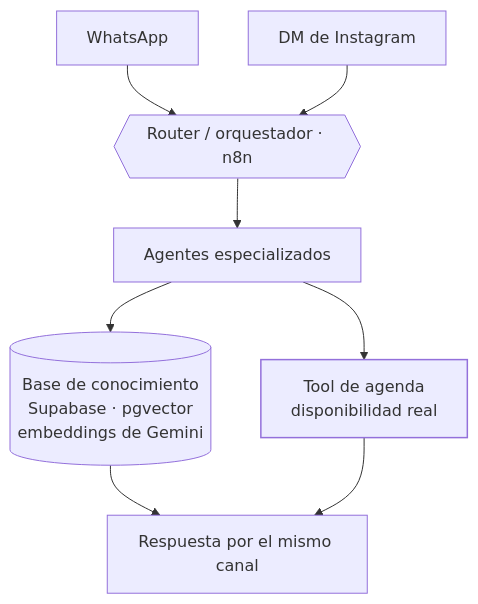
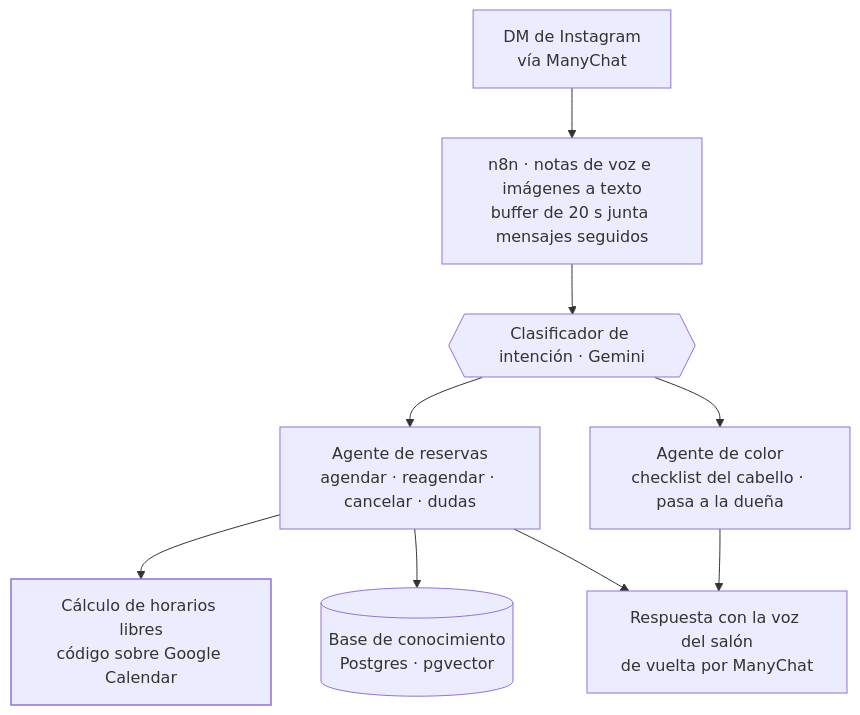
Before and after one commit to BLOW3ED/dev-portfolio: the diagram in content/es/work/hanami.mdx, drawn with Mermaid. The commit also changed other lines of this file and 38 other files, not shown here.

````diff
--- a/content/es/work/hanami.mdx
+++ b/content/es/work/hanami.mdx
@@ -44,16 +38,17 @@
 ```mermaid
 flowchart TB
   accTitle: Arquitectura de HanamiBot
-  accDescr: Los mensajes de WhatsApp e Instagram llegan a un router en n8n, que asigna cada uno a un agente especializado. Los agentes responden desde una base de conocimiento en Supabase con pgvector y leen la disponibilidad de la agenda real del salón mediante una tool. La respuesta sale por el mismo canal.
+  accDescr: Los DMs de Instagram llegan a n8n a través de ManyChat. Las notas de voz y las imágenes se convierten en texto, y un buffer corto junta los mensajes enviados seguidos. Un clasificador etiqueta la intención y un router pasa la conversación a un agente especializado. El agente de reservas lee la disponibilidad de un cálculo determinista de horarios libres sobre el Google Calendar de la dueña y responde dudas desde una base de conocimiento en Postgres con pgvector. La respuesta se reescribe con la voz del salón y vuelve por ManyChat.
 
-  WA["WhatsApp"] --> R
-  IG["DM de Instagram"] --> R
-  R{{"Router / orquestador · n8n"}} --> AG["Agentes especializados"]
-  AG --> KB[("Base de conocimiento<br/>Supabase · pgvector<br/>embeddings de Gemini")]
-  AG --> CAL["Tool de agenda<br/>disponibilidad real"]
-  KB --> OUT["Respuesta por el mismo canal"]
-  CAL --> OUT
+  IG["DM de Instagram<br/>vía ManyChat"] --> PRE["n8n · notas de voz e imágenes a texto<br/>buffer de 20 s junta mensajes seguidos"]
+  PRE --> CL{{"Clasificador de intención · Gemini"}}
+  CL --> BK["Agente de reservas<br/>agendar · reagendar · cancelar · dudas"]
+  CL --> CO["Agente de color<br/>checklist del cabello · pasa a la dueña"]
+  BK --> SL["Cálculo de horarios libres<br/>código sobre Google Calendar"]
+  BK --> KB[("Base de conocimiento<br/>Postgres · pgvector")]
+  BK --> OUT["Respuesta con la voz del salón<br/>de vuelta por ManyChat"]
+  CO --> OUT
 
   classDef truth stroke-width:1.5px
-  class CAL truth
+  class SL truth
 ```
````
